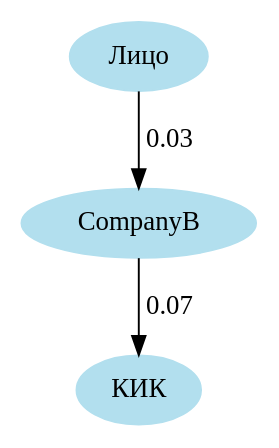
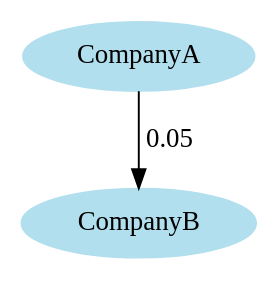
Before and after one commit to bondarchukeugene/CFC: the diagram in unix.gv, drawn with Graphviz. The commit also changed 7 other files, not shown here.

```diff
--- a/unix.gv
+++ b/unix.gv
@@ -1,6 +1,5 @@
 digraph unix {
 	node [color=lightblue2 style=filled]
 	size="6,6"
-	"Лицо" -> CompanyB [label=0.03]
-	CompanyB -> "КИК" [label=0.07]
+	CompanyA -> CompanyB [label=0.05]
 }
```
